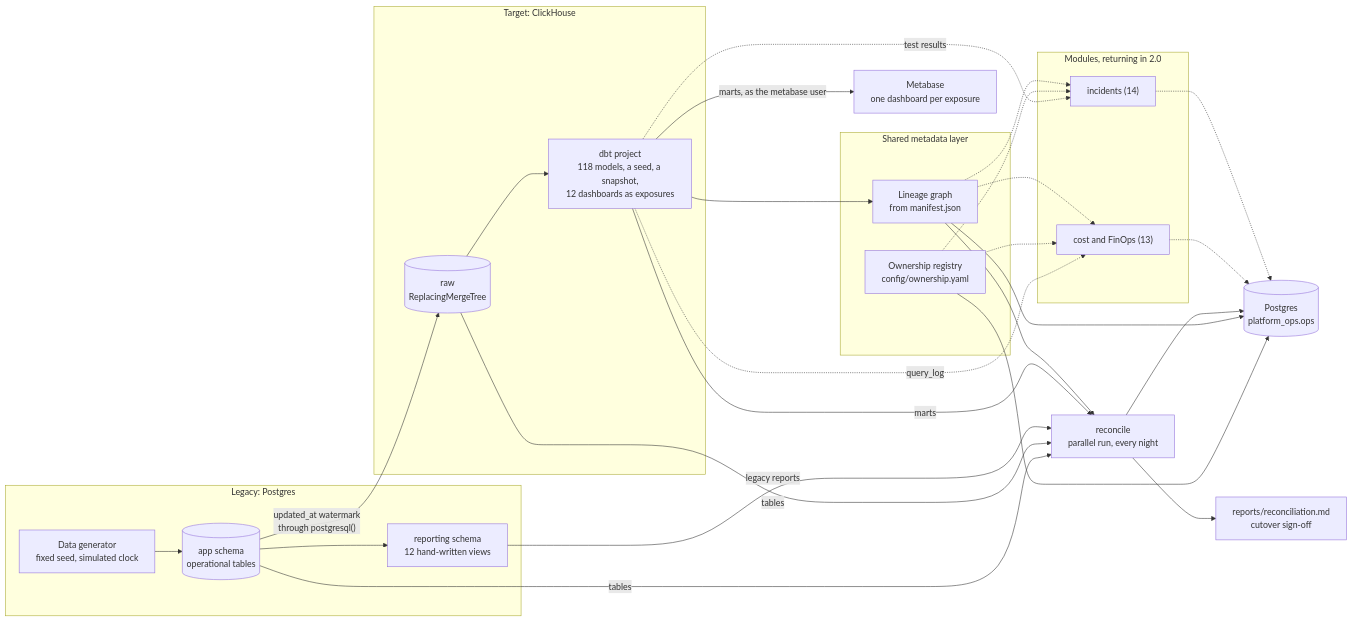
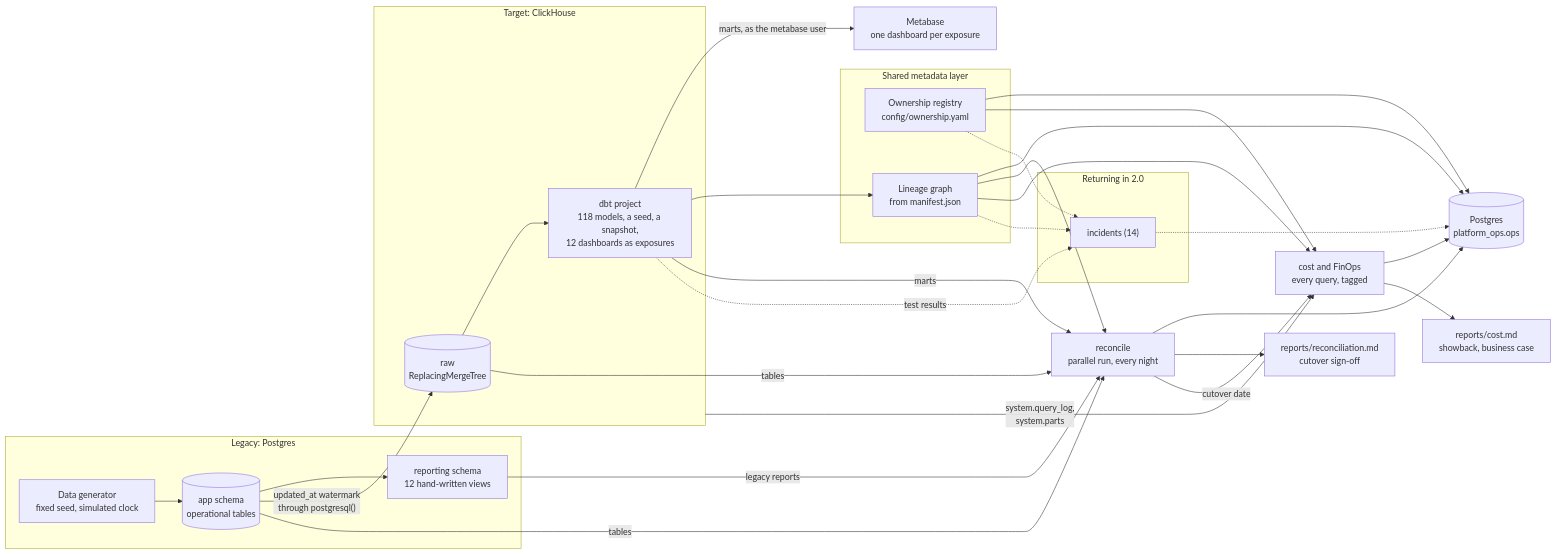
One commit to nguyenngocthien0206/data-platform-ops changed the diagram in README.md. Above: the diagram before and after it, drawn with Mermaid. The commit also changed other lines of this file and 6 other files, not shown here.

````diff
--- a/README.md
+++ b/README.md
@@ -33,42 +34,47 @@
 ```mermaid
 flowchart LR
     subgraph legacy["Legacy: Postgres"]
         gen["Data generator<br/>fixed seed, simulated clock"] --> app[("app schema<br/>operational tables")]
         app --> rep["reporting schema<br/>12 hand-written views"]
     end
 
     subgraph warehouse["Target: ClickHouse"]
         raw[("raw<br/>ReplacingMergeTree")] --> dbt["dbt project<br/>118 models, a seed, a snapshot,<br/>12 dashboards as exposures"]
     end
 
     dbt -- "marts, as the metabase user" --> mb["Metabase<br/>one dashboard per exposure"]
 
     app -- "updated_at watermark<br/>through postgresql()" --> raw
 
     subgraph meta["Shared metadata layer"]
         reg["Ownership registry<br/>config/ownership.yaml"]
         lin["Lineage graph<br/>from manifest.json"]
     end
 
     dbt --> lin
     reg & lin --> ops[("Postgres<br/>platform_ops.ops")]
 
     rec["reconcile<br/>parallel run, every night"]
     app -- "tables" --> rec
     raw -- "tables" --> rec
     rep -- "legacy reports" --> rec
     dbt -- "marts" --> rec
     lin --> rec
     rec --> ops
     rec --> signoff["reports/reconciliation.md<br/>cutover sign-off"]
 
-    subgraph modules["Modules, returning in 2.0"]
-        cost["cost and FinOps (13)"]
+    cost["cost and FinOps<br/>every query, tagged"]
+    warehouse -- "system.query_log,<br/>system.parts" --> cost
+    reg & lin --> cost
+    rec -- "cutover date" --> cost
+    cost --> ops
+    cost --> bill["reports/cost.md<br/>showback, business case"]
+
+    subgraph modules["Returning in 2.0"]
         inc["incidents (14)"]
     end
 
-    dbt -. query_log .-> cost
     dbt -. test results .-> inc
-    reg & lin -.-> cost & inc
-    cost & inc -.-> ops
+    reg & lin -.-> inc
+    inc -.-> ops
 ```
````
